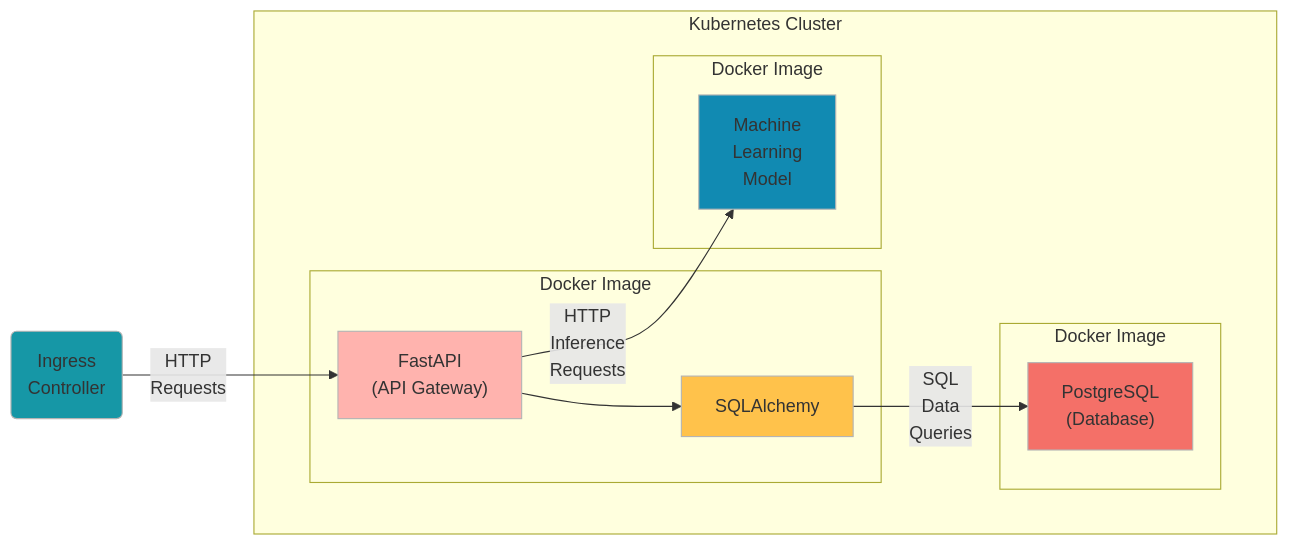
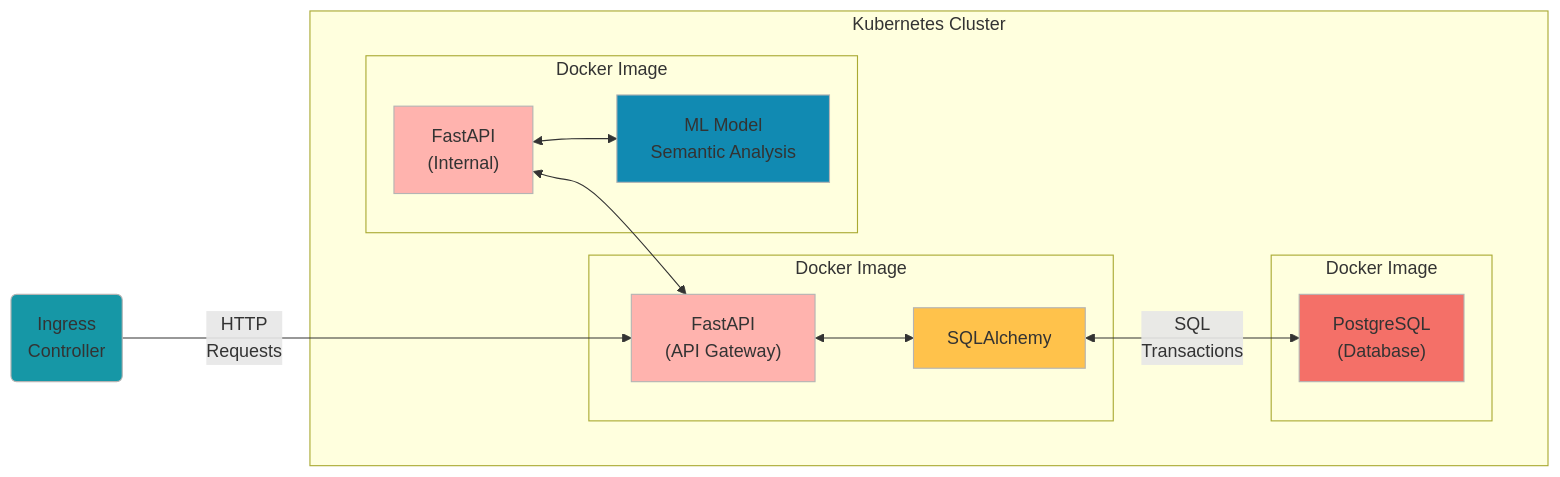
One commit to hohenhau/aikube changed the diagram in README.md. Above: the diagram before and after it, drawn with Mermaid.

Commit message:
Update README.md
Updated Graph

````diff
--- a/README.md
+++ b/README.md
@@ -3,39 +3,43 @@
 ```mermaid
+
 
 flowchart LR
 
 	n00(Ingress <br/> Controller)
 	subgraph g20["Kubernetes Cluster"]
 		subgraph h00[" "]
 			subgraph g10["Docker Image"]
 				n10["FastAPI <br/> (API Gateway)"]
 				n20["SQLAlchemy"]
 			end
 			subgraph g11["Docker Image"]
 				n30["PostgreSQL <br/> (Database)"]
 			end
 			subgraph g12["Docker Image"]
-				n40["Machine <br/> Learning <br/>Model"]
+				n11["FastAPI <br/> (Internal)"]
+				n40["ML Model <br/> Semantic Analysis"]
 			end
 		end	
 	end
 	
-	n00 -- HTTP <br/> Requests--> n10
-	n10 --> n20
-	n20 -- SQL <br/> Data <br/> Queries--> n30
-	n10 -- HTTP <br/> Inference <br/> Requests--> n40
+	n00 -- HTTP <br/> Requests ----> n10
+	n10 <--> n20
+	n20 <-- SQL <br/> Transactions --> n30
+	n11 <--> n10
+	n11 <--> n40
 
 	classDef node0Style fill:#1697a6, stroke:#B4B4B4
 	classDef node1Style fill:#ffb3ae, stroke:#B4B4B4
 	classDef node2Style fill:#ffc24b, stroke:#B4B4B4
 	classDef node3Style fill:#f47068, stroke:#B4B4B4
 	classDef node4Style fill:#118ab2, stroke:#B4B4B4
 	classDef hiddenStyle fill:transparent, stroke:transparent
 	class n00,n01,n02,n03,n04,n05,n06,n07,n08,n09 node0Style;
 	class n10,n11,n12,n13,n14,n15,n16,n17,n18,n19 node1Style;
 	class n20,n21,n22,n23,n24,n25,n26,n27,n28,n29 node2Style;
 	class n30,n31,n32,n33,n34,n35,n36,n37,n38,n39 node3Style;
 	class n40,n41,n42,n43,n44,n45,n46,n47,n48,n49 node4Style;
 	class h00,h01,h02,h03,h04,h05,h06,h07,h08,h09 hiddenStyle;
 	
+	
 ```
````
